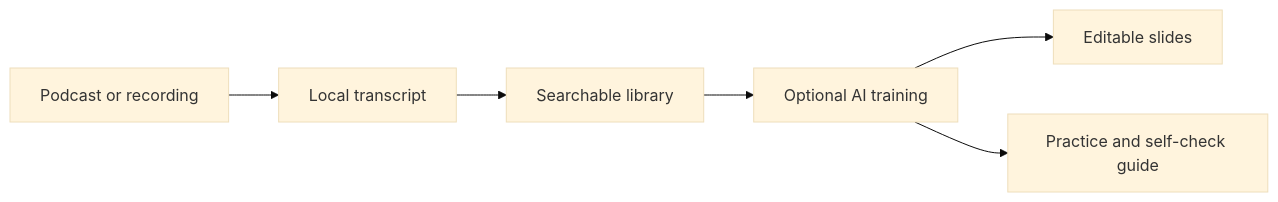
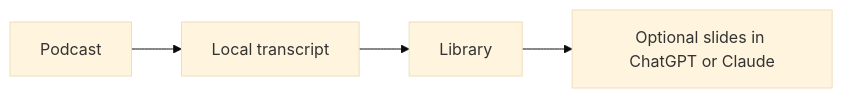
The diagram in README.md (onepromptman/sori-app), drawn with Mermaid (base theme) before and after one commit. The commit also changed other lines of this file and 36 other files, not shown here.

````diff
--- a/README.md
+++ b/README.md
@@ -57,8 +61,6 @@
 ```mermaid
 flowchart LR
-    A[Podcast or recording] --> B[Local transcript]
-    B --> C[Searchable library]
-    C --> D[Optional AI training]
-    D --> E[Editable slides]
-    D --> F[Practice and self-check guide]
+    A[Podcast] --> B[Local transcript]
+    B --> C[Library]
+    C --> D[Optional slides in ChatGPT or Claude]
 ```
````
